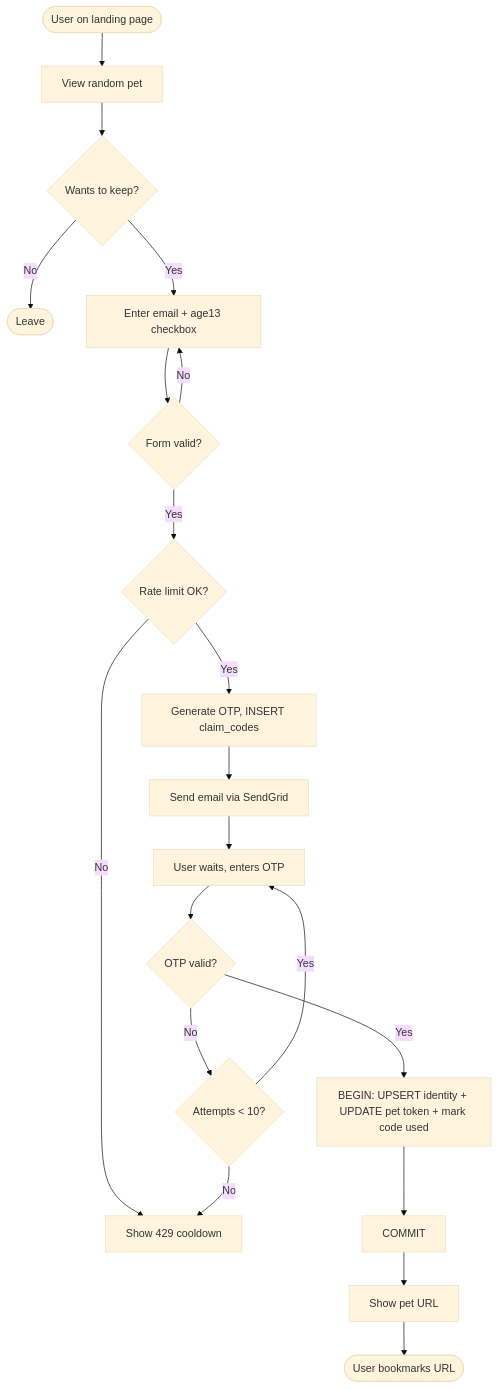
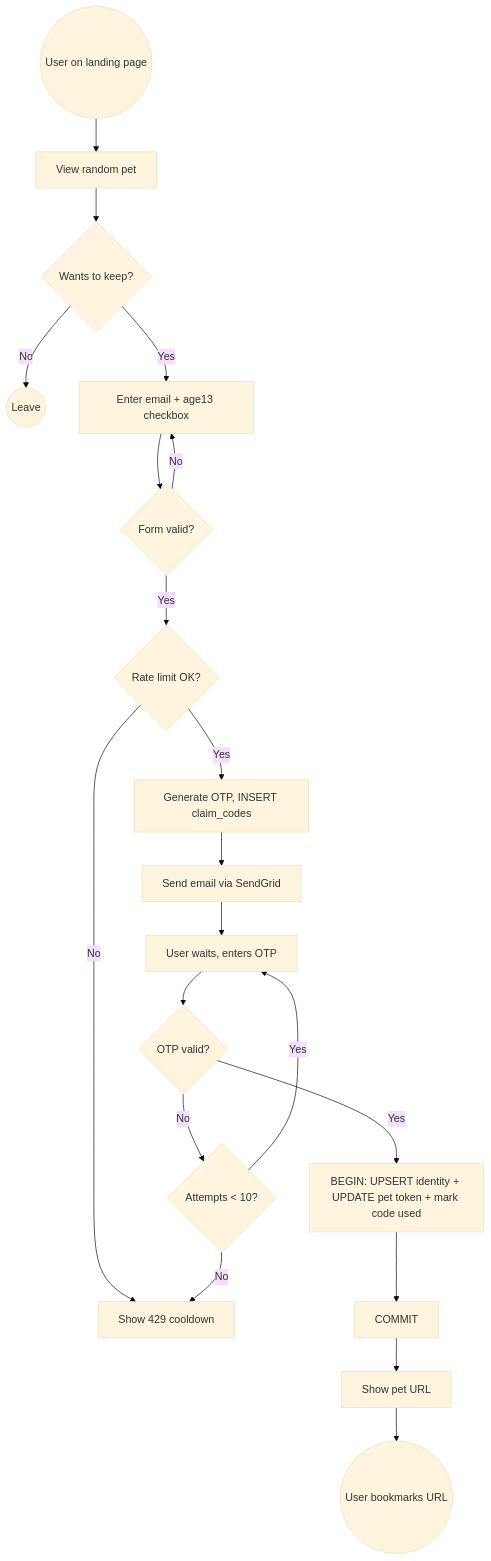
Before and after one commit to ibalasite/pet: diagram 19 of 27 in docs/EDD.md, drawn with Mermaid (base theme). The commit also changed other lines of this file and 94 other files, not shown here.

First line of the commit message:
docs(gendoc)[STEP-30]: html — regenerate HTML site post EDD/SCHEMA/UML refresh

````diff
--- a/docs/EDD.md
+++ b/docs/EDD.md
@@ -1335,22 +1335,22 @@
 ```mermaid
 flowchart TB
-    Start([User on landing page]) --> View[View random pet]
+    Start((User on landing page)) --> View[View random pet]
     View --> Decide{Wants to keep?}
-    Decide -->|No| Exit([Leave])
+    Decide -->|No| Exit((Leave))
     Decide -->|Yes| Form[Enter email + age13 checkbox]
     Form --> Validate{Form valid?}
     Validate -->|No| Form
     Validate -->|Yes| RateCheck{Rate limit OK?}
     RateCheck -->|No| Err429[Show 429 cooldown]
     RateCheck -->|Yes| GenOTP[Generate OTP, INSERT claim_codes]
     GenOTP --> SendEmail[Send email via SendGrid]
     SendEmail --> Wait[User waits, enters OTP]
     Wait --> Verify{OTP valid?}
-    Verify -->|No| RetryCount{Attempts < 10?}
+    Verify -->|No| RetryCount{Attempts &lt; 10?}
     RetryCount -->|Yes| Wait
     RetryCount -->|No| Err429
     Verify -->|Yes| TX[BEGIN: UPSERT identity + UPDATE pet token + mark code used]
     TX --> Commit[COMMIT]
     Commit --> Reveal[Show pet URL]
-    Reveal --> End([User bookmarks URL])
+    Reveal --> End((User bookmarks URL))
 ```
````
